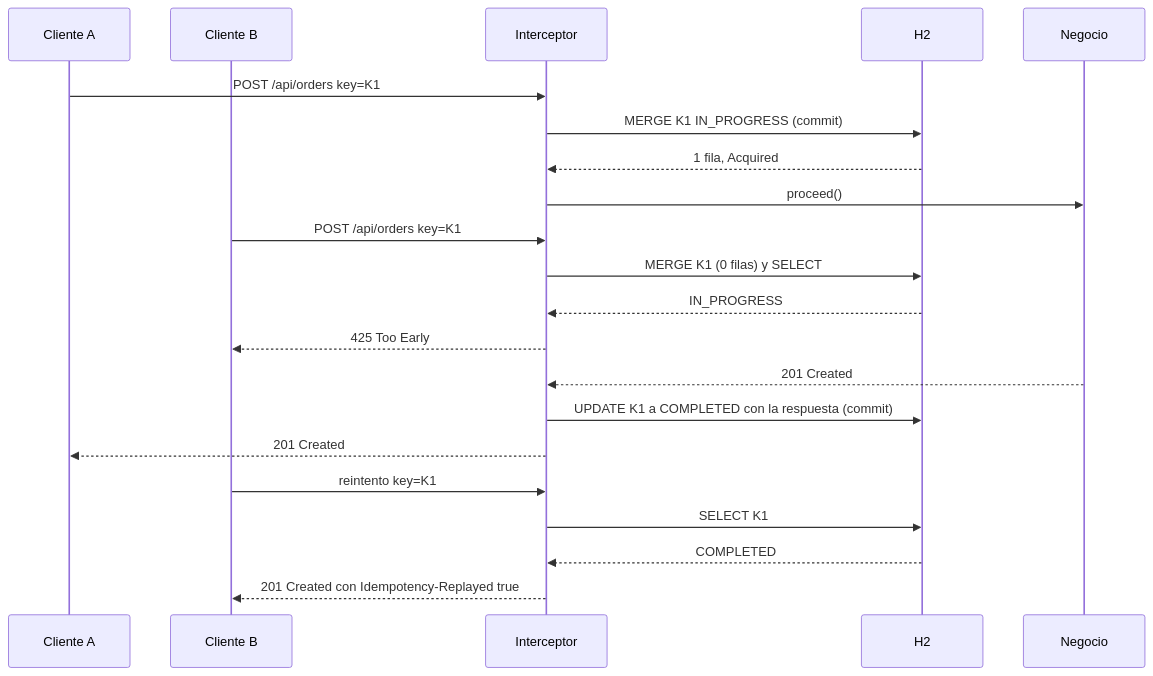
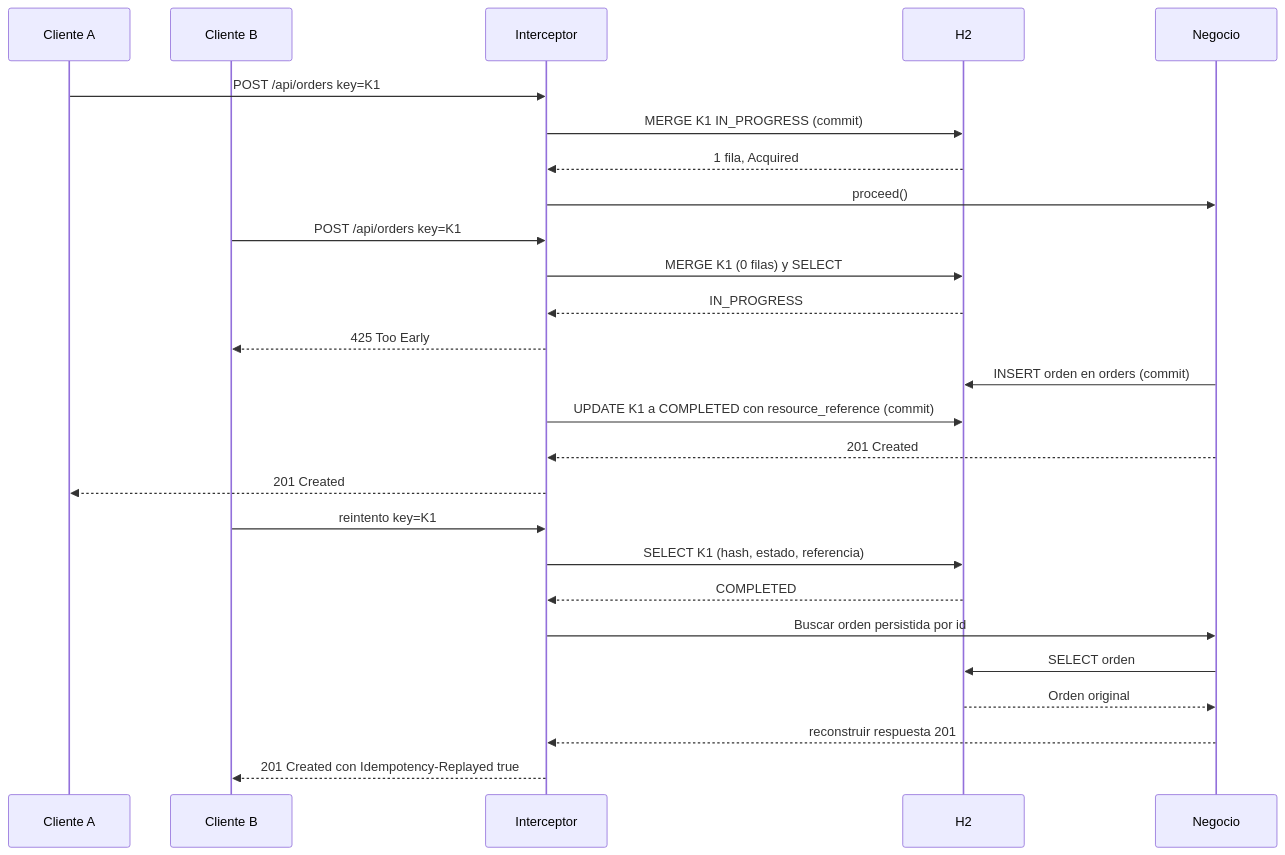
One commit to dannyverap/idempotency changed the second of 2 diagrams in README.md. Above: the diagram before and after it, drawn with Mermaid. The commit also changed other lines of this file and 17 other files, not shown here.

Commit message:
feat(orders): implement order retrieval and idempotency replay handling

````diff
--- a/README.md
+++ b/README.md
@@ -63,23 +64,28 @@
 ```mermaid
 sequenceDiagram
     participant A as Cliente A
     participant B as Cliente B
     participant I as Interceptor
     participant D as H2
     participant N as Negocio
-    A->>I: POST /api/orders key=K1
-    I->>D: MERGE K1 IN_PROGRESS (commit)
-    D-->>I: 1 fila, Acquired
-    I->>N: proceed()
-    B->>I: POST /api/orders key=K1
-    I->>D: MERGE K1 (0 filas) y SELECT
-    D-->>I: IN_PROGRESS
-    I-->>B: 425 Too Early
-    N-->>I: 201 Created
-    I->>D: UPDATE K1 a COMPLETED con la respuesta (commit)
-    I-->>A: 201 Created
-    B->>I: reintento key=K1
-    I->>D: SELECT K1
-    D-->>I: COMPLETED
-    I-->>B: 201 Created con Idempotency-Replayed true
+    A ->> I: POST /api/orders key=K1
+    I ->> D: MERGE K1 IN_PROGRESS (commit)
+    D -->> I: 1 fila, Acquired
+    I ->> N: proceed()
+    B ->> I: POST /api/orders key=K1
+    I ->> D: MERGE K1 (0 filas) y SELECT
+    D -->> I: IN_PROGRESS
+    I -->> B: 425 Too Early
+    N ->> D: INSERT orden en orders (commit)
+    I ->> D: UPDATE K1 a COMPLETED con resource_reference (commit)
+    N -->> I: 201 Created
+    I -->> A: 201 Created
+    B ->> I: reintento key=K1
+    I ->> D: SELECT K1 (hash, estado, referencia)
+    D -->> I: COMPLETED
+    I ->> N: Buscar orden persistida por id
+    N ->> D: SELECT orden
+    D -->> N: Orden original
+    N -->> I: reconstruir respuesta 201
+    I -->> B: 201 Created con Idempotency-Replayed true
 ```
````
